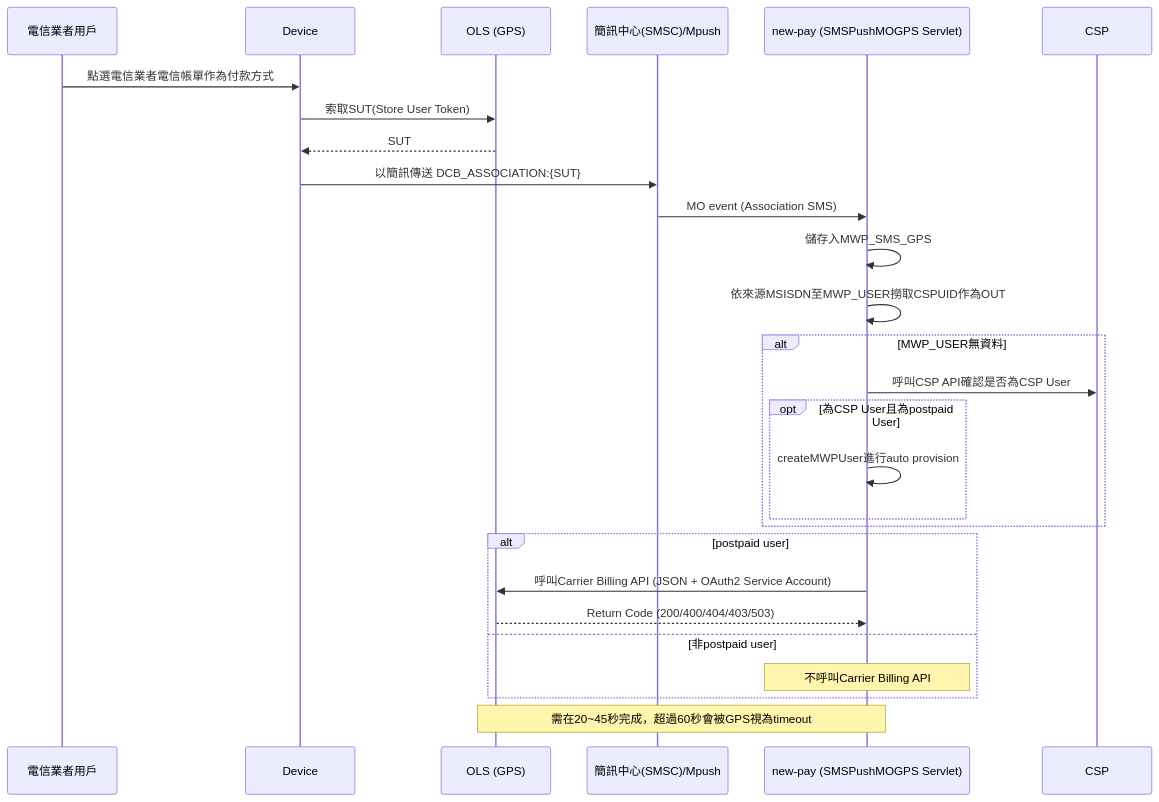
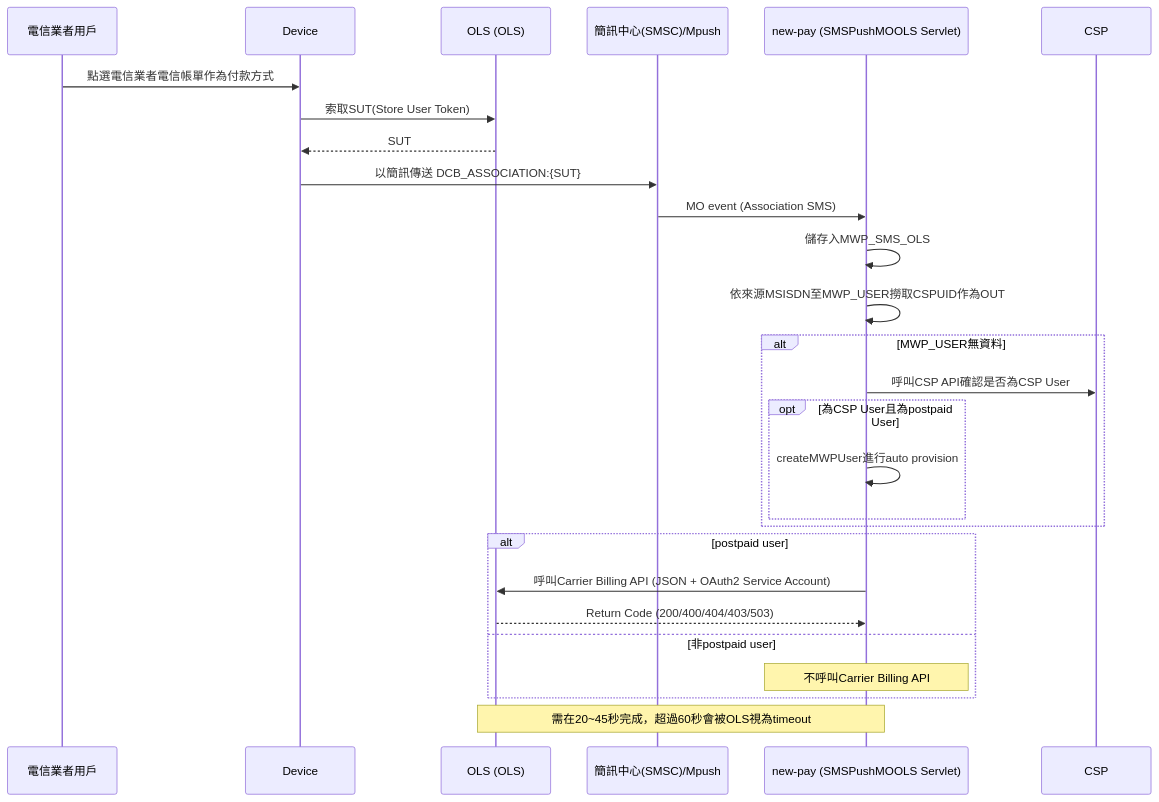
The second of 7 diagrams in new-pay_OnlineStore_FSD.md (ChunPingWang/ai-workshop), drawn with Mermaid before and after one commit. The commit also changed other lines of this file and 28 other files, not shown here.

First line of the commit message:
去識別化：全面移除 GPS 字眼，改以 OnlineStore 縮寫 OLS

````diff
--- a/new-pay_OnlineStore_FSD.md
+++ b/new-pay_OnlineStore_FSD.md
@@ -150,29 +150,29 @@
 ```mermaid
 sequenceDiagram
     participant U as 電信業者用戶
     participant D as Device
-    participant G as OLS (GPS)
+    participant G as OLS (OLS)
     participant S as 簡訊中心(SMSC)/Mpush
-    participant N as new-pay (SMSPushMOGPS Servlet)
+    participant N as new-pay (SMSPushMOOLS Servlet)
     participant C as CSP
     U->>D: 點選電信業者電信帳單作為付款方式
     D->>G: 索取SUT(Store User Token)
     G-->>D: SUT
     D->>S: 以簡訊傳送 DCB_ASSOCIATION:{SUT}
     S->>N: MO event (Association SMS)
-    N->>N: 儲存入MWP_SMS_GPS
+    N->>N: 儲存入MWP_SMS_OLS
     N->>N: 依來源MSISDN至MWP_USER撈取CSPUID作為OUT
     alt MWP_USER無資料
         N->>C: 呼叫CSP API確認是否為CSP User
         opt 為CSP User且為postpaid User
             N->>N: createMWPUser進行auto provision
         end
     end
     alt postpaid user
         N->>G: 呼叫Carrier Billing API (JSON + OAuth2 Service Account)
         G-->>N: Return Code (200/400/404/403/503)
     else 非postpaid user
         Note over N: 不呼叫Carrier Billing API
     end
-    Note over N,G: 需在20~45秒完成，超過60秒會被GPS視為timeout
+    Note over N,G: 需在20~45秒完成，超過60秒會被OLS視為timeout
 ```
````
